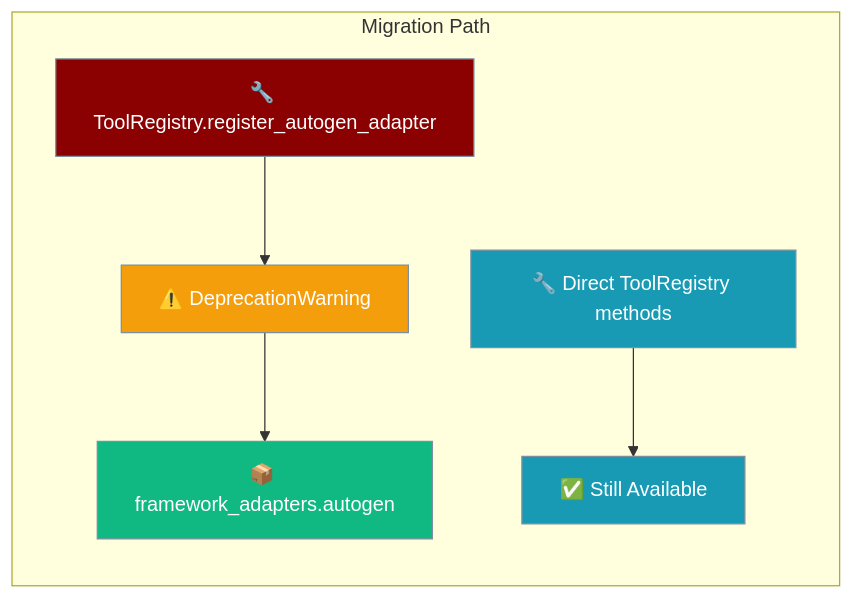
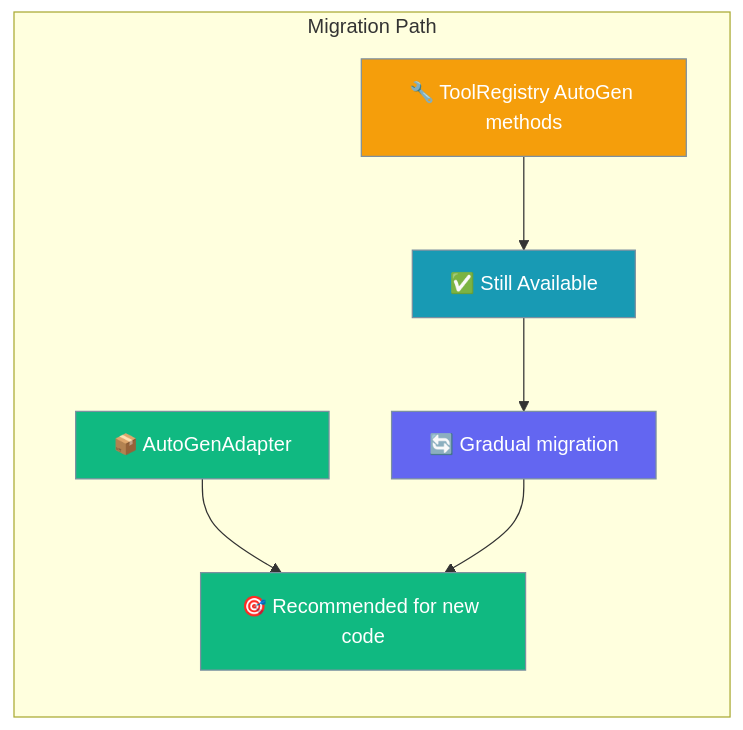
The first of 2 diagrams in docs/features/tool-registry-autogen-migration.mdx (MervinPraison/PraisonAIDocs), drawn with Mermaid before and after one commit. The commit also changed other lines of this file and 2 other files, not shown here.

First line of the commit message:
docs: fix architecture documentation issues

````diff
--- a/docs/features/tool-registry-autogen-migration.mdx
+++ b/docs/features/tool-registry-autogen-migration.mdx
@@ -10,18 +22,19 @@
 ```mermaid
 graph LR
     subgraph "Migration Path"
-        A[🔧 ToolRegistry.register_autogen_adapter] --> B[⚠️ DeprecationWarning]
-        B --> C[📦 framework_adapters.autogen]
-        D[🔧 Direct ToolRegistry methods] --> E[✅ Still Available]
+        A[🔧 ToolRegistry AutoGen methods] --> B[✅ Still Available]
+        C[📦 AutoGenAdapter] --> D[🎯 Recommended for new code]
+        B --> E[🔄 Gradual migration]
+        E --> D
     end
     
-    classDef deprecated fill:#8B0000,stroke:#7C90A0,color:#fff
-    classDef warning fill:#F59E0B,stroke:#7C90A0,color:#fff
+    classDef legacy fill:#F59E0B,stroke:#7C90A0,color:#fff
     classDef new fill:#10B981,stroke:#7C90A0,color:#fff
-    classDef safe fill:#189AB4,stroke:#7C90A0,color:#fff
+    classDef available fill:#189AB4,stroke:#7C90A0,color:#fff
+    classDef migration fill:#6366F1,stroke:#7C90A0,color:#fff
     
-    class A deprecated
-    class B warning
-    class C new
-    class D,E safe
+    class A legacy
+    class B available
+    class C,D new
+    class E migration
 ```
````
